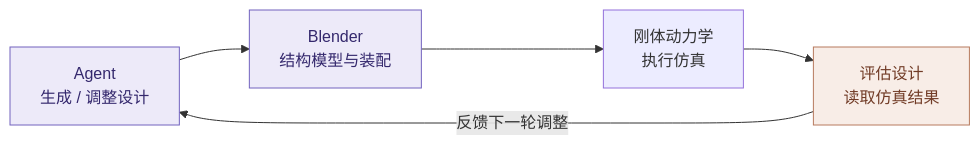
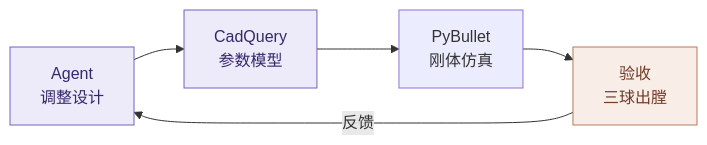
Before and after one commit to pao-1024/pao: the diagram in presentation/diagrams/mechanical-loop.mmd, drawn with Mermaid. The commit also changed 22 other files, not shown here.

```diff
--- a/presentation/diagrams/mechanical-loop.mmd
+++ b/presentation/diagrams/mechanical-loop.mmd
@@ -1,16 +1,9 @@
----
-config:
-  look: classic
-  flowchart:
-    wrappingWidth: 240
-    rankSpacing: 70
----
 flowchart LR
-  agent["Agent<br/>生成 / 调整设计"] --> model["Blender<br/>结构模型与装配"]
-  model --> simulation["刚体动力学<br/>执行仿真"]
-  simulation --> evaluation["评估设计<br/>读取仿真结果"]
-  evaluation -- "反馈下一轮调整" --> agent
+  agent["Agent<br/>调整设计"] --> model["CadQuery<br/>参数模型"]
+  model --> simulation["PyBullet<br/>刚体仿真"]
+  simulation --> evaluation["验收<br/>三球出膛"]
+  evaluation -- "反馈" --> agent
   classDef code fill:#edeaf9,stroke:#7263be,color:#34286d
   classDef result fill:#f8ede7,stroke:#b77a5e,color:#713b26
   class agent,model code
   class evaluation result
```
